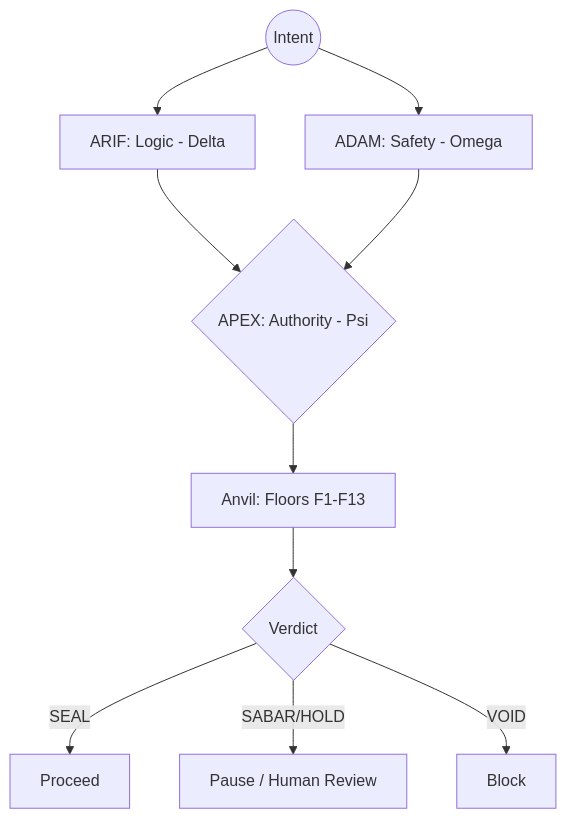
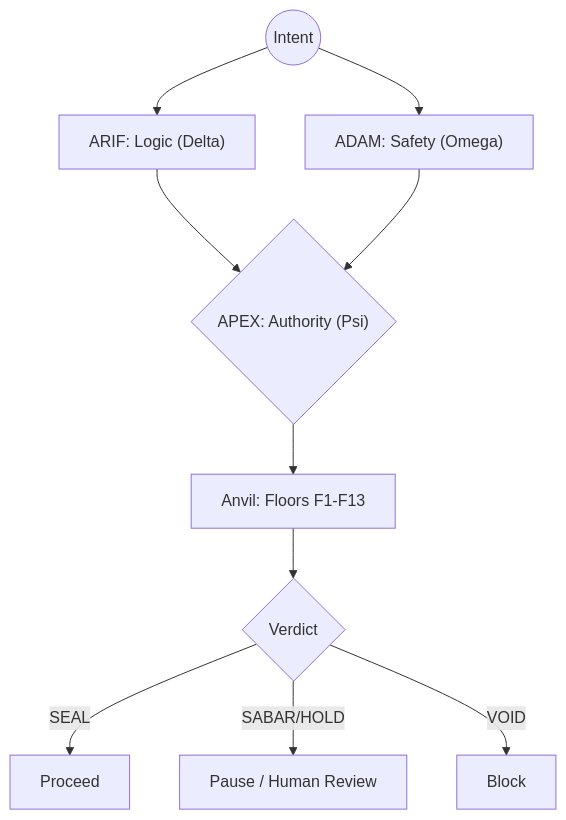
One commit to ariffazil/arifos changed the diagram in README.md. Above: the diagram before and after it, drawn with Mermaid. The commit also changed other lines of this file, not shown here.

Commit message:
feat: overhaul README.md by updating branding, reorganizing canonical links, and expanding explanations of arifOS's constitutional purpose and Trinity architecture.

````diff
--- a/README.md
+++ b/README.md
@@ -59,12 +66,15 @@
 ```mermaid
 graph TD
-    I(("Intent")) --> ARIF["ARIF: Logic - Delta"]
-    I --> ADAM["ADAM: Safety - Omega"]
-    ARIF --> APEX{"APEX: Authority - Psi"}
+    Input((Intent)) --> ARIF["ARIF: Logic (Delta)"]
+    Input --> ADAM["ADAM: Safety (Omega)"]
+
+    ARIF --> APEX{"APEX: Authority (Psi)"}
     ADAM --> APEX
-    APEX --> ANVIL["Anvil: Floors F1-F13"]
-    ANVIL --> V{"Verdict"}
-    V -->|"SEAL"| OK["Proceed"]
-    V -->|"SABAR/HOLD"| PAUSE["Pause / Human Review"]
-    V -->|"VOID"| BLOCK["Block"]
+
+    APEX --> ANVIL[Anvil: Floors F1-F13]
+    ANVIL --> DECISION{Verdict}
+
+    DECISION -->|SEAL| OK[Proceed]
+    DECISION -->|SABAR/HOLD| PAUSE[Pause / Human Review]
+    DECISION -->|VOID| BLOCK[Block]
 ```
````
